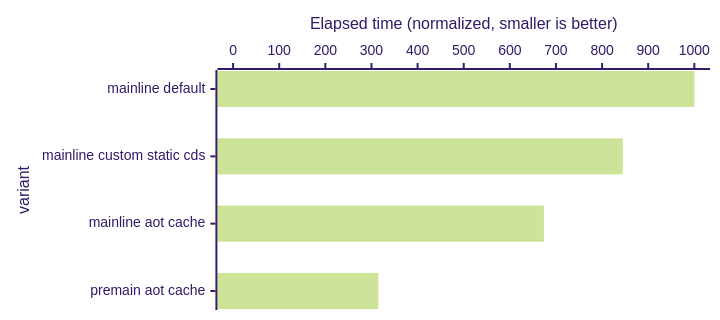
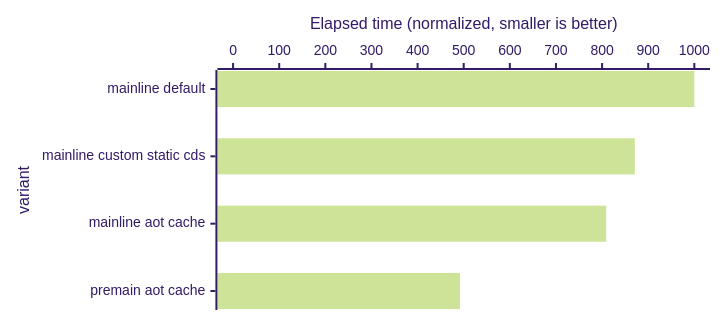
Before and after one commit to openjdk/leyden: the eighth of 12 diagrams in benchmarks/README.md, drawn with Mermaid. The commit also changed other lines of this file and 4 other files, not shown here.

````diff
--- a/benchmarks/README.md
+++ b/benchmarks/README.md
@@ -237,13 +237,13 @@
 ```mermaid
 ---
 config:
     theme: "forest"
     xyChart:
         chartOrientation: horizontal
         height: 300
 ---
 xychart-beta
     x-axis "variant" ["mainline default", "mainline custom static cds", "mainline aot cache", "premain aot cache"]
     y-axis "Elapsed time (normalized, smaller is better)" 0 --> 1000
-    bar [1000, 845, 674, 315]
+    bar [1000, 871, 809, 492]
 ```
````
